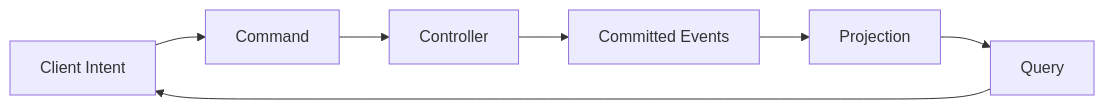
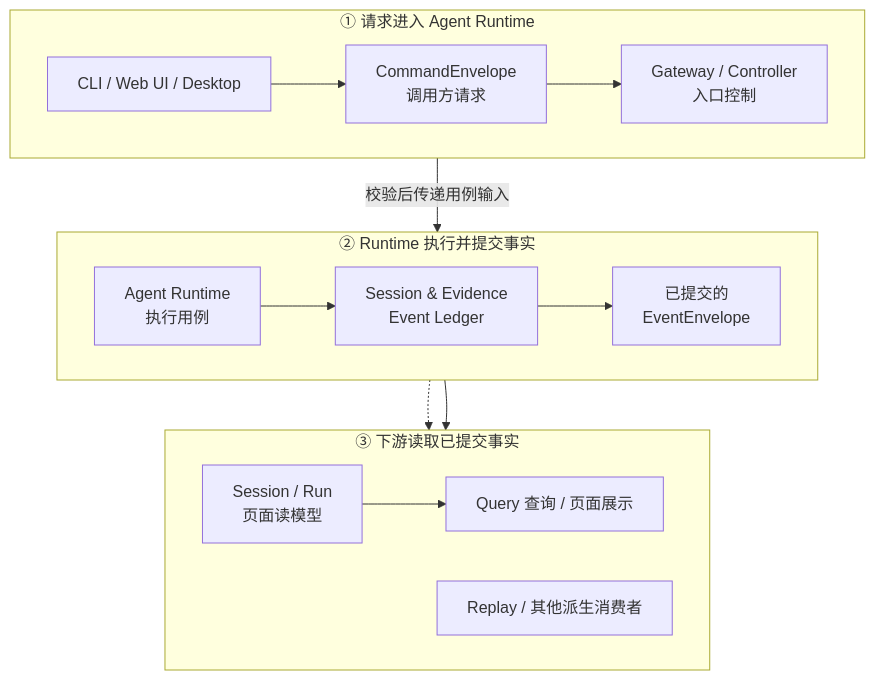
Before and after one commit to Cainheart/tracegraph-agent: the second of 3 diagrams in docs/outlive-agent-v2/01-system-architecture/02-command-query-event-model.md, drawn with Mermaid. The commit also changed other lines of this file and 35 other files, not shown here.

First line of the commit message:
docs(architecture): 以 Agent Runtime 与 Session/Evidence 取代三平面模型

````diff
--- a/docs/outlive-agent-v2/01-system-architecture/02-command-query-event-model.md
+++ b/docs/outlive-agent-v2/01-system-architecture/02-command-query-event-model.md
@@ -15,9 +66,21 @@
 ```mermaid
-flowchart LR
-  UI[Client Intent] --> CMD[Command]
-  CMD --> CTRL[Controller]
-  CTRL --> EVT[Committed Events]
-  EVT --> PROJ[Projection]
-  PROJ --> Q[Query]
-  Q --> UI
+flowchart TB
+  subgraph REQUEST["① 请求进入 Agent Runtime"]
+    direction LR
+    UI[CLI / Web UI / Desktop] --> CMD[CommandEnvelope<br/>调用方请求] --> CTRL[Gateway / Controller<br/>入口控制]
+  end
+
+  subgraph EXECUTION["② Runtime 执行并提交事实"]
+    direction LR
+    RT[Agent Runtime<br/>执行用例] --> LEDGER[Session & Evidence<br/>Event Ledger] --> EVT[已提交的<br/>EventEnvelope]
+  end
+
+  CTRL -->|校验后传递用例输入| RT
+
+  subgraph READ["③ 下游读取已提交事实"]
+    direction LR
+    VIEW[Session / Run<br/>页面读模型] --> QUERY[Query 查询 / 页面展示]
+    EVT -.-> REPLAY[Replay / 其他派生消费者]
+  end
+  EVT --> VIEW
 ```
````
